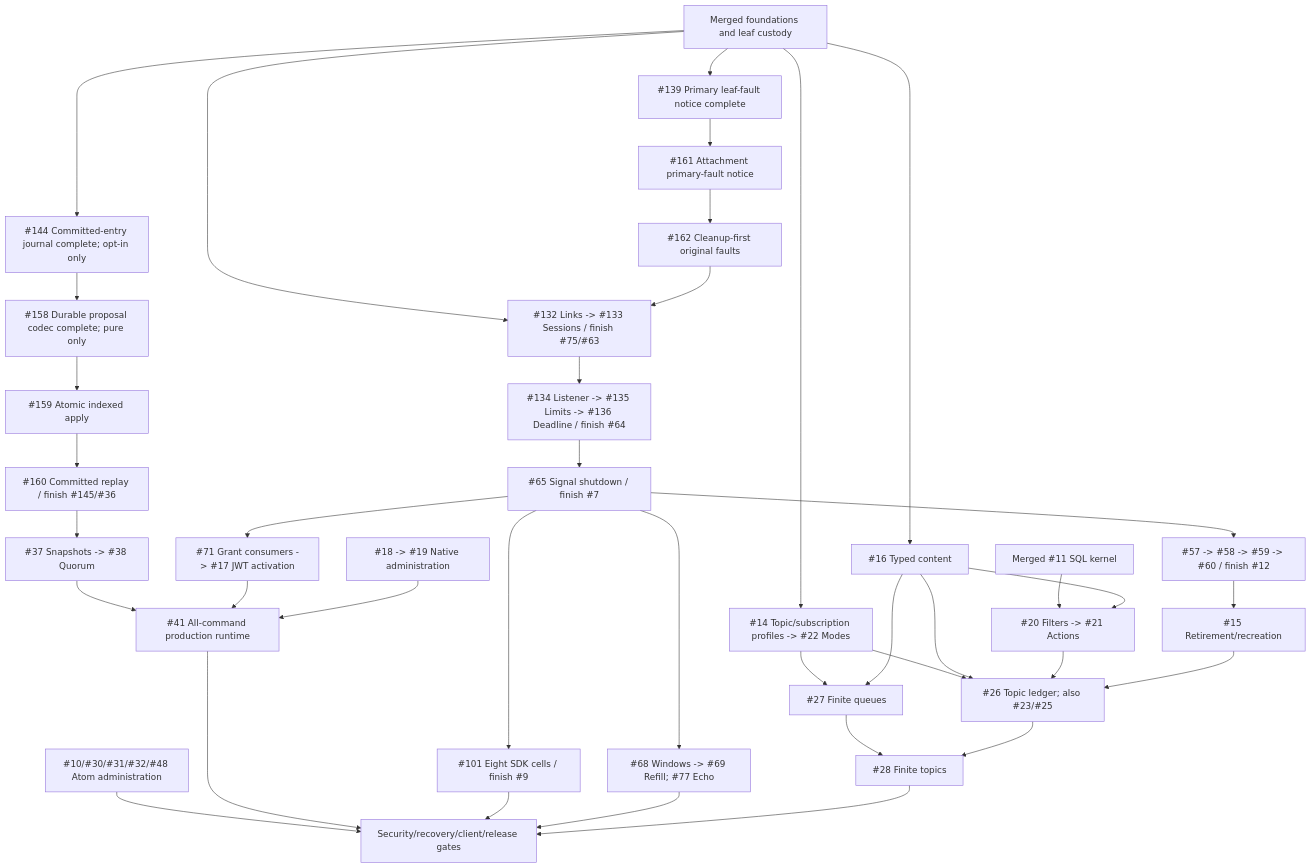
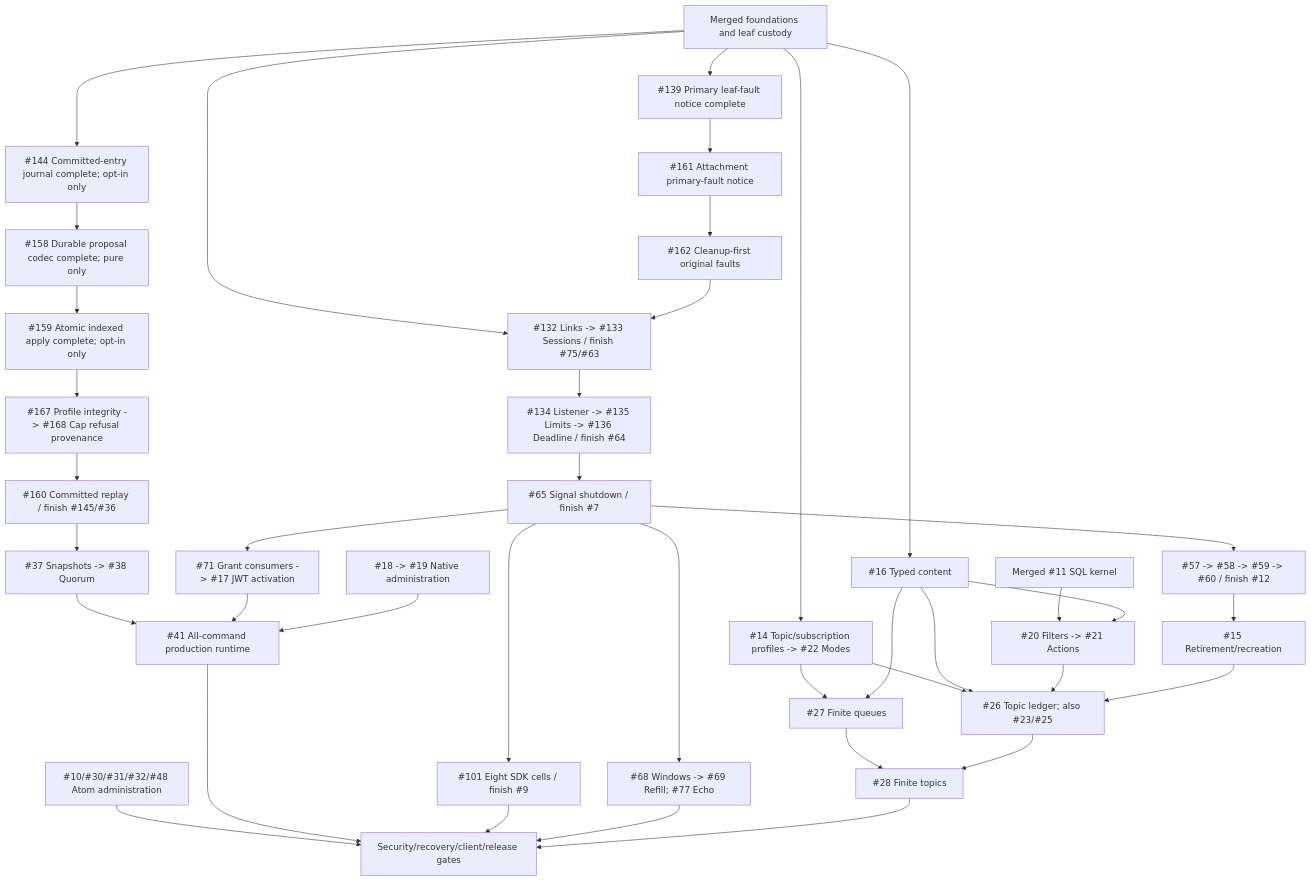
The diagram in docs/roadmap.md (DeandreT/switchyard), drawn with Mermaid before and after one commit. The commit also changed other lines of this file and 7 other files, not shown here.

Commit message:
feat(domain): atomically apply indexed effects

````diff
--- a/docs/roadmap.md
+++ b/docs/roadmap.md
@@ -65,40 +66,41 @@
 ```mermaid
 flowchart TD
     Main["Merged foundations and leaf custody"] --> Fault["#139 Primary leaf-fault notice complete"]
     Main --> Trees
     Fault --> AttachFault["#161 Attachment primary-fault notice"]
     AttachFault --> DrainFault["#162 Cleanup-first original faults"]
     DrainFault --> Trees["#132 Links -> #133 Sessions / finish #75/#63"]
     Trees --> Admission["#134 Listener -> #135 Limits -> #136 Deadline / finish #64"]
     Admission --> Signals["#65 Signal shutdown / finish #7"]
     Signals --> Authority["#57 -> #58 -> #59 -> #60 / finish #12"]
     Authority --> Delete["#15 Retirement/recreation"]
     Signals --> Grants["#71 Grant consumers -> #17 JWT activation"]
     Signals --> Matrix["#101 Eight SDK cells / finish #9"]
     Signals --> Windows["#68 Windows -> #69 Refill; #77 Echo"]
     Main --> Profiles["#14 Topic/subscription profiles -> #22 Modes"]
     Main --> Content["#16 Typed content"]
     Kernel["Merged #11 SQL kernel"] --> Rules["#20 Filters -> #21 Actions"]
     Content --> Rules
     Profiles --> Queue["#27 Finite queues"]
     Content --> Queue
     Profiles --> Ledger["#26 Topic ledger; also #23/#25"]
     Content --> Ledger
     Rules --> Ledger
     Delete --> Ledger
     Queue --> Topic["#28 Finite topics"]
     Ledger --> Topic
     Main --> Journal["#144 Committed-entry journal complete; opt-in only"]
     Journal --> Proposal["#158 Durable proposal codec complete; pure only"]
-    Proposal --> Checkpoint["#159 Atomic indexed apply"]
-    Checkpoint --> Log["#160 Committed replay / finish #145/#36"]
+    Proposal --> Checkpoint["#159 Atomic indexed apply complete; opt-in only"]
+    Checkpoint --> Integrity["#167 Profile integrity -> #168 Cap refusal provenance"]
+    Integrity --> Log["#160 Committed replay / finish #145/#36"]
     Log --> Snapshots["#37 Snapshots -> #38 Quorum"]
     Snapshots --> Runtime["#41 All-command production runtime"]
     Grants --> Runtime
     Admin["#18 -> #19 Native administration"] --> Runtime
     Atom["#10/#30/#31/#32/#48 Atom administration"] --> Gates
     Runtime --> Gates["Security/recovery/client/release gates"]
     Matrix --> Gates
     Windows --> Gates
     Topic --> Gates
 ```
````
